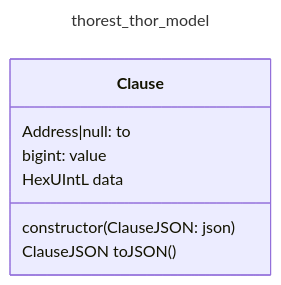
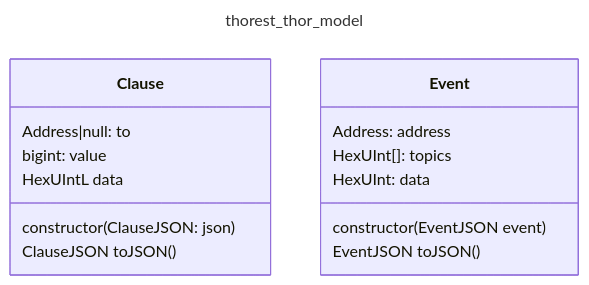
The diagram in docs/thorest/thor/model/model.mmd (vechain/vechain-sdk-js), drawn with Mermaid before and after one commit. The commit also changed 2 other files, not shown here.

```diff
--- a/docs/thorest/thor/model/model.mmd
+++ b/docs/thorest/thor/model/model.mmd
@@ -1,11 +1,18 @@
 ---
 title: thorest_thor_model
 ---
 classDiagram
     class Clause {
         Address|null: to
         bigint: value
         HexUIntL data
         constructor(ClauseJSON: json)
         ClauseJSON toJSON()
     }
+    class Event {
+        Address: address
+        HexUInt[]: topics
+        HexUInt: data
+        constructor(EventJSON event)
+        EventJSON toJSON()
+    }
```
